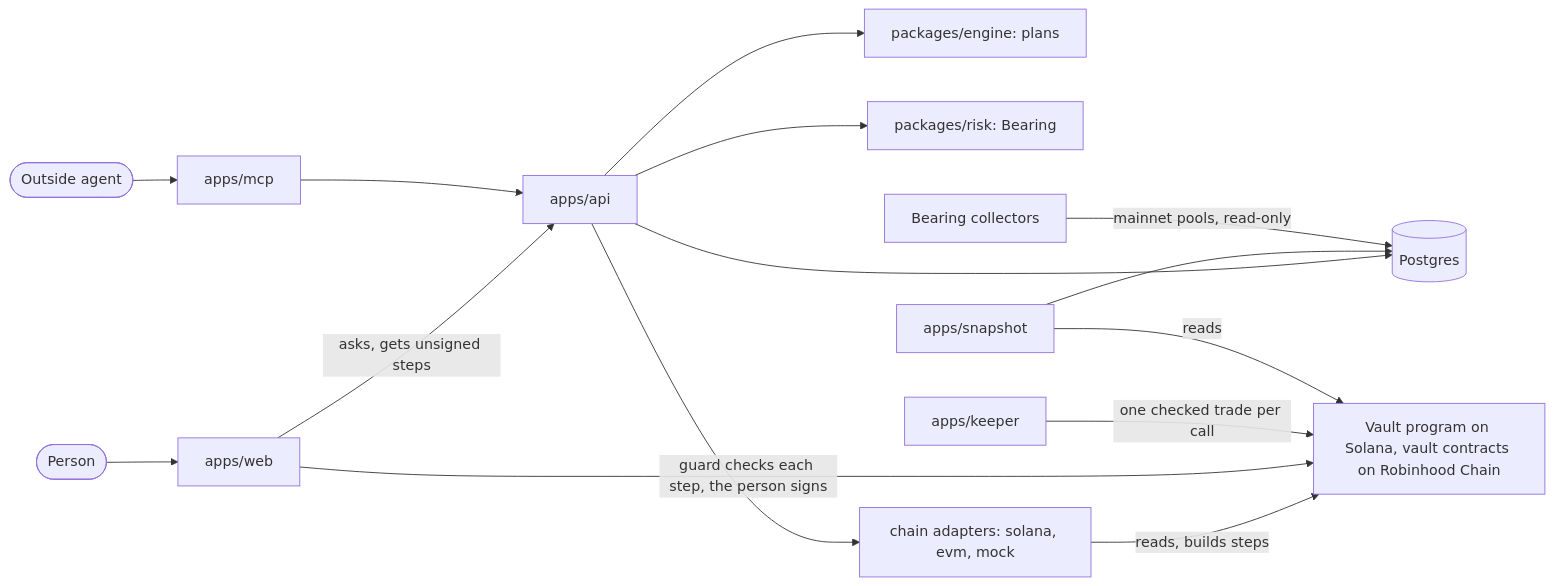
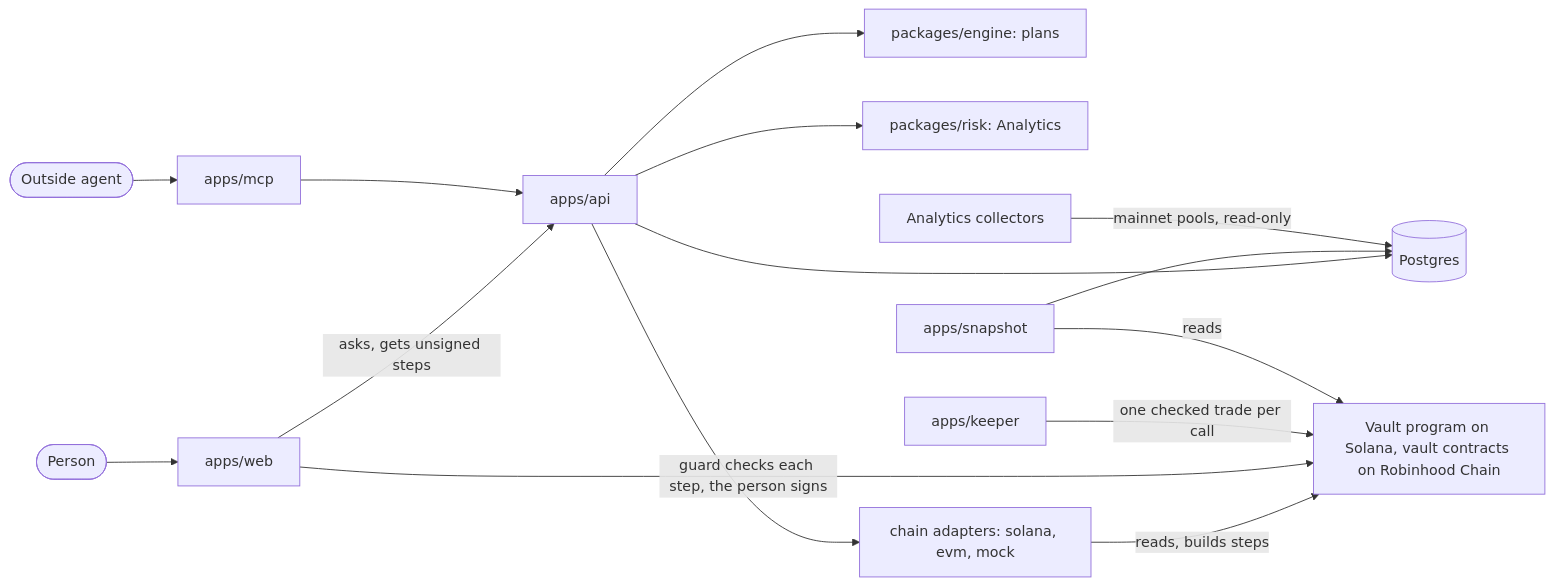
The diagram in README.md (thomgabriel/colosseum), drawn with Mermaid before and after one commit. The commit also changed other lines of this file and 37 other files, not shown here.

Commit message:
docs: ANALYTICS-NAME, the section is Analytics and no person reads Bearing

````diff
--- a/README.md
+++ b/README.md
@@ -84,17 +84,17 @@
 ```mermaid
 flowchart LR
   person(["Person"]) --> web["apps/web"]
   agent(["Outside agent"]) --> mcp["apps/mcp"]
   web -- "asks, gets unsigned steps" --> api["apps/api"]
   mcp --> api
   api --> engine["packages/engine: plans"]
-  api --> risk["packages/risk: Bearing"]
+  api --> risk["packages/risk: Analytics"]
   api --> db[("Postgres")]
   api --> adapters["chain adapters: solana, evm, mock"]
   adapters -- "reads, builds steps" --> vaults["Vault program on Solana, vault contracts on Robinhood Chain"]
   web -- "guard checks each step, the person signs" --> vaults
   keeper["apps/keeper"] -- "one checked trade per call" --> vaults
   snapshot["apps/snapshot"] -- "reads" --> vaults
   snapshot --> db
-  collectors["Bearing collectors"] -- "mainnet pools, read-only" --> db
+  collectors["Analytics collectors"] -- "mainnet pools, read-only" --> db
 ```
````
